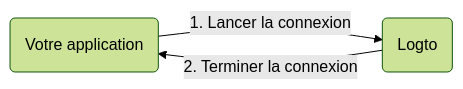
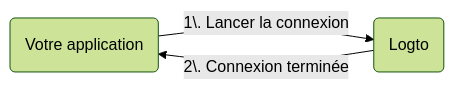
The diagram in i18n/fr/docusaurus-plugin-content-docs/current/quick-starts/fragments/_web-sign-in-flow-summary.mdx (logto-io/docs), drawn with Mermaid (forest theme) before and after one commit. The commit also changed other lines of this file and 162 other files, not shown here.

````diff
--- a/i18n/fr/docusaurus-plugin-content-docs/current/quick-starts/fragments/_web-sign-in-flow-summary.mdx
+++ b/i18n/fr/docusaurus-plugin-content-docs/current/quick-starts/fragments/_web-sign-in-flow-summary.mdx
@@ -5,5 +5,5 @@
 ```mermaid
 graph LR
-    A(Votre application) -->|1. Lancer la connexion| B(Logto)
-    B -->|2. Terminer la connexion| A
+    A(Votre application) -->|1\. Lancer la connexion| B(Logto)
+    B -->|2\. Connexion terminée| A
 ```
````
